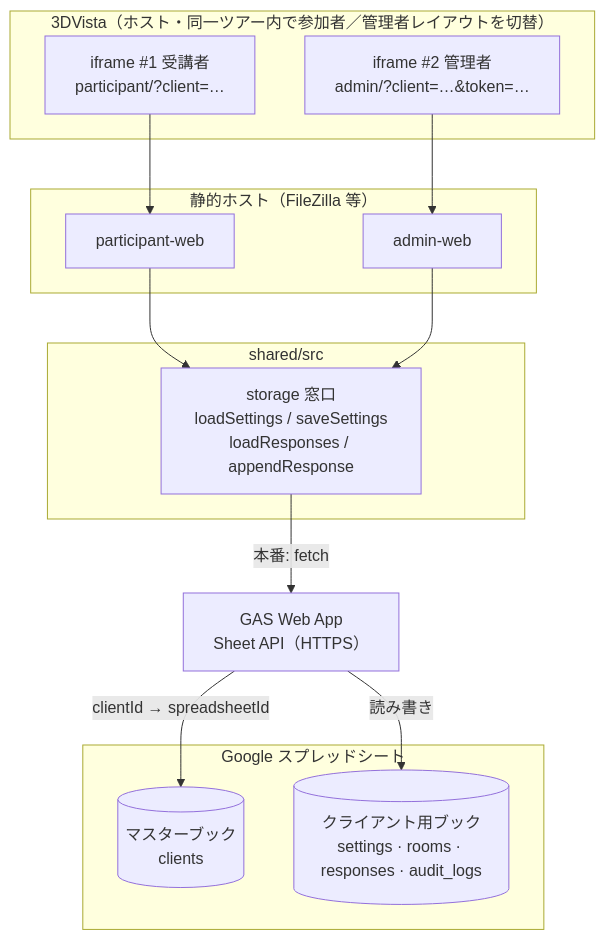
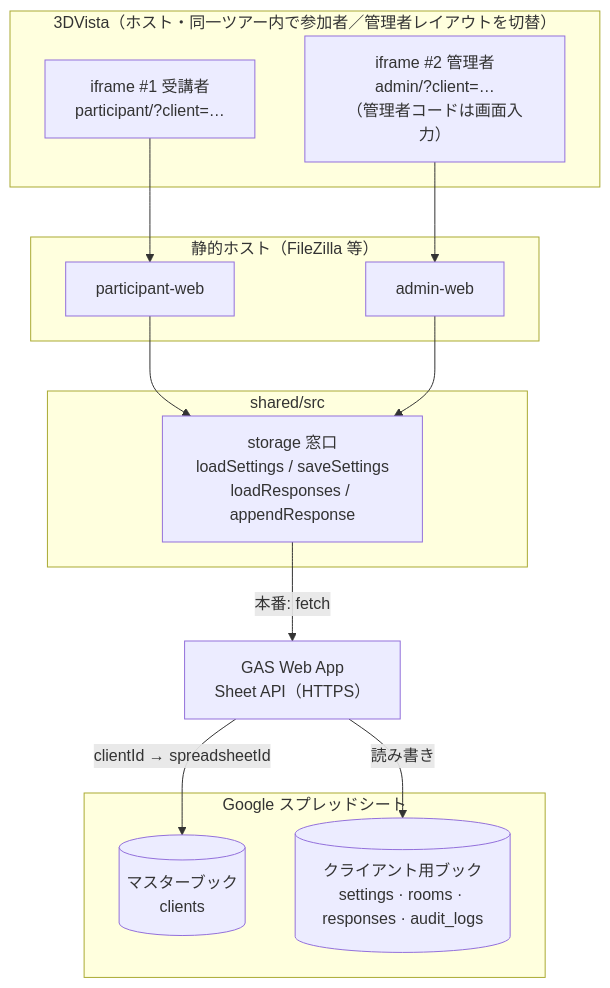
Before and after one commit to shintaro0403/experteye360: the first of 6 diagrams in docs/TECHNICAL-SPEC.md, drawn with Mermaid. The commit also changed other lines of this file and 40 other files, not shown here.

````diff
--- a/docs/TECHNICAL-SPEC.md
+++ b/docs/TECHNICAL-SPEC.md
@@ -455,31 +757,31 @@
 ```mermaid
 flowchart TB
   subgraph vista["3DVista（ホスト・同一ツアー内で参加者／管理者レイアウトを切替）"]
     P_iframe["iframe #1 受講者<br/>participant/?client=…"]
-    A_iframe["iframe #2 管理者<br/>admin/?client=…&token=…"]
+    A_iframe["iframe #2 管理者<br/>admin/?client=…<br/>（管理者コードは画面入力）"]
   end
 
   subgraph host["静的ホスト（FileZilla 等）"]
     PW["participant-web"]
     AW["admin-web"]
   end
 
   subgraph app["shared/src"]
     ST["storage 窓口<br/>loadSettings / saveSettings<br/>loadResponses / appendResponse"]
   end
 
   API["GAS Web App<br/>Sheet API（HTTPS）"]
 
   subgraph sheets["Google スプレッドシート"]
     MB[("マスターブック<br/>clients")]
     CB[("クライアント用ブック<br/>settings · rooms · responses · audit_logs")]
   end
 
   P_iframe --> PW
   A_iframe --> AW
   PW --> ST
   AW --> ST
   ST -->|"本番: fetch"| API
   API -->|"clientId → spreadsheetId"| MB
   API -->|"読み書き"| CB
 ```
````
